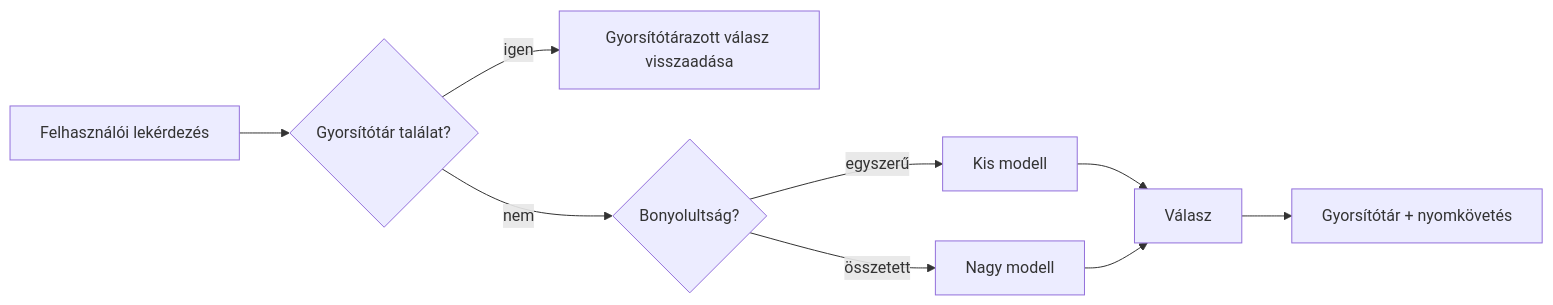
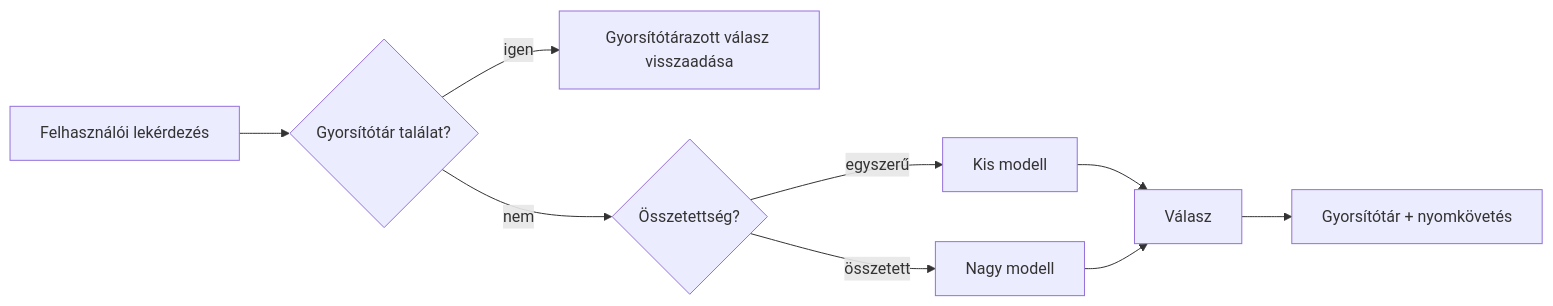
The third of 4 diagrams in mirrors/repos/microsoft@ai-agents-for-beginners/translations/hu/16-deploying-scalable-agents/README.md (gabrielmoreira/agent-skills-mirror), drawn with Mermaid before and after one commit. The commit also changed other lines of this file and 3581 other files, not shown here.

````diff
--- a/mirrors/repos/microsoft@ai-agents-for-beginners/translations/hu/16-deploying-scalable-agents/README.md
+++ b/mirrors/repos/microsoft@ai-agents-for-beginners/translations/hu/16-deploying-scalable-agents/README.md
@@ -134,11 +134,11 @@
 ```mermaid
 flowchart LR
     Q[Felhasználói lekérdezés] --> C{Gyorsítótár találat?}
     C -->|igen| R[Gyorsítótárazott válasz visszaadása]
-    C -->|nem| Router{Bonyolultság?}
+    C -->|nem| Router{Összetettség?}
     Router -->|egyszerű| SLM[Kis modell]
     Router -->|összetett| LLM[Nagy modell]
     SLM --> Out[Válasz]
     LLM --> Out
     Out --> Store[Gyorsítótár + nyomkövetés]
 ```
````
